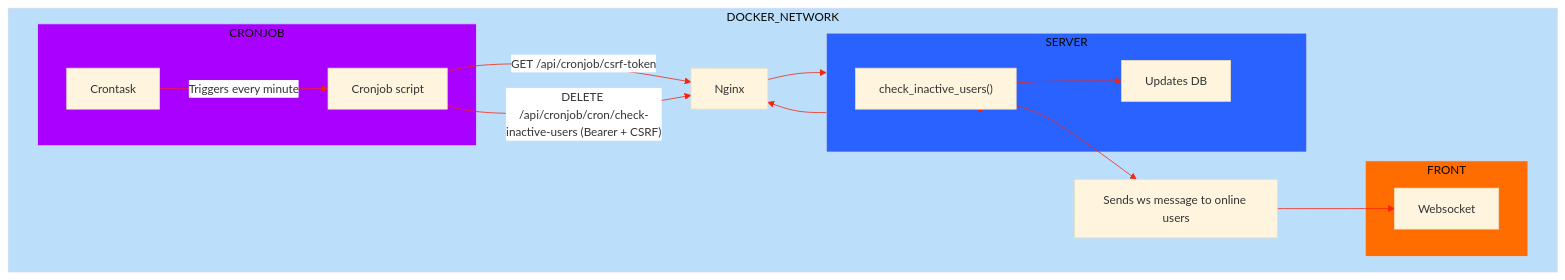
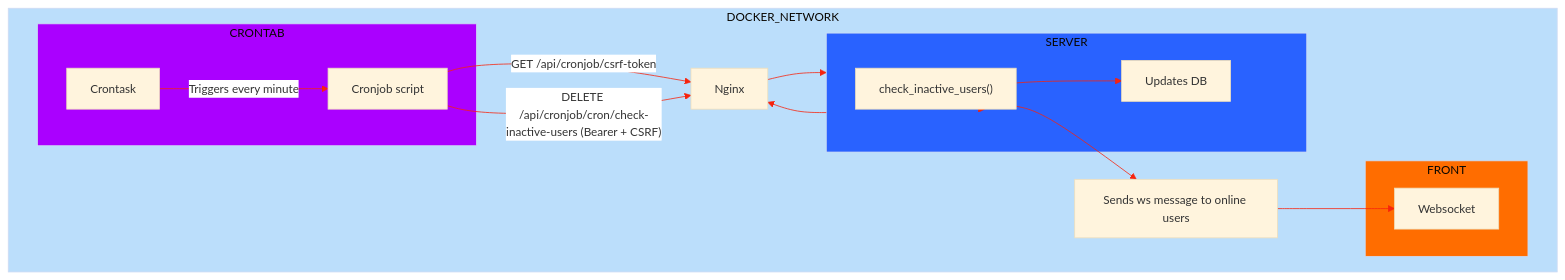
One commit to ysengoku/42-ft_transcendence changed the diagram in doc/crontab/CRONTAB.md. Above: the diagram before and after it, drawn with Mermaid.

Commit message:
minor: fixed typo

````diff
--- a/doc/crontab/CRONTAB.md
+++ b/doc/crontab/CRONTAB.md
@@ -99,45 +99,45 @@
 ```mermaid
 ---
 config:
   layout: dagre
   look: classic
   theme: base
   themeVariables:
     lineColor: '#f7230c'
     textColor: '#191919'
     fontSize: 15px
     nodeTextColor: '#000'
     edgeLabelBackground: '#fff'
 ---
 flowchart TD
-subgraph CRONJOB["CRONJOB"]
+subgraph CRONJOB["CRONTAB"]
 A["Cronjob script"]
 T["Crontask"]
 end
 subgraph SERVER["SERVER"]
 D["check_inactive_users()"]
 E["Updates DB"]
 end
 subgraph FRONT["FRONT"]
 W["Websocket"]
 end
 subgraph DOCKER_NETWORK["DOCKER_NETWORK"]
 CRONJOB
 B["Nginx"]
 F["Sends ws message to online users"]
 SERVER
 FRONT
 end
 T -- "Triggers every minute" --> A
 A -- "GET /api/cronjob/csrf-token" --> B
 B --> SERVER
 SERVER --> B & D
 A -- "DELETE /api/cronjob/cron/check-inactive-users (Bearer + CSRF)" --> B
 D --> E
 D --> F --> W
 
     style CRONJOB fill:#AA00FF
     style SERVER fill:#2962FF
     style FRONT fill:#FF6D00
     style DOCKER_NETWORK fill:#BBDEFB
 ```
````
